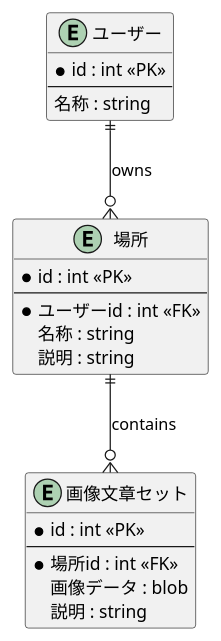
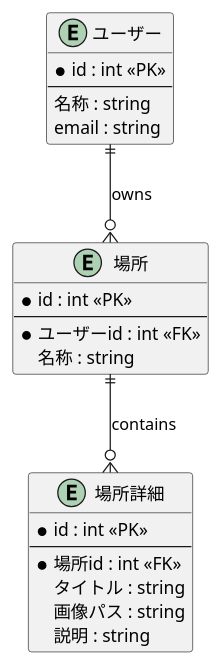
The diagram in doc/ER.puml (TaisukeNakahira/Application), drawn with PlantUML before and after one commit. The commit also changed 23 other files, not shown here.

```diff
--- a/doc/ER.puml
+++ b/doc/ER.puml
@@ -1,26 +1,27 @@
 @startuml
 entity "ユーザー" as User {
   *id : int <<PK>>
   ---
   名称 : string
+  email : string
 }
 
-entity "場所" as Place {
+entity "場所" as Location {
   *id : int <<PK>>
   ---
   *ユーザーid : int <<FK>>
   名称 : string
+}
+
+entity "場所詳細" as LocationDetail {
+  *id : int <<PK>>
+  ---
+  *場所id : int <<FK>>
+  タイトル : string
+  画像パス : string
   説明 : string
 }
 
-entity "画像文章セット" as ImageTextSet {
-  *id : int <<PK>>
-  ---
-  *場所id : int <<FK>>
-  画像データ : blob
-  説明 : string
-}
-
-User ||--o{ Place : owns
-Place ||--o{ ImageTextSet : contains
+User ||--o{ Location : owns
+Location ||--o{ LocationDetail : contains
 @enduml
```
